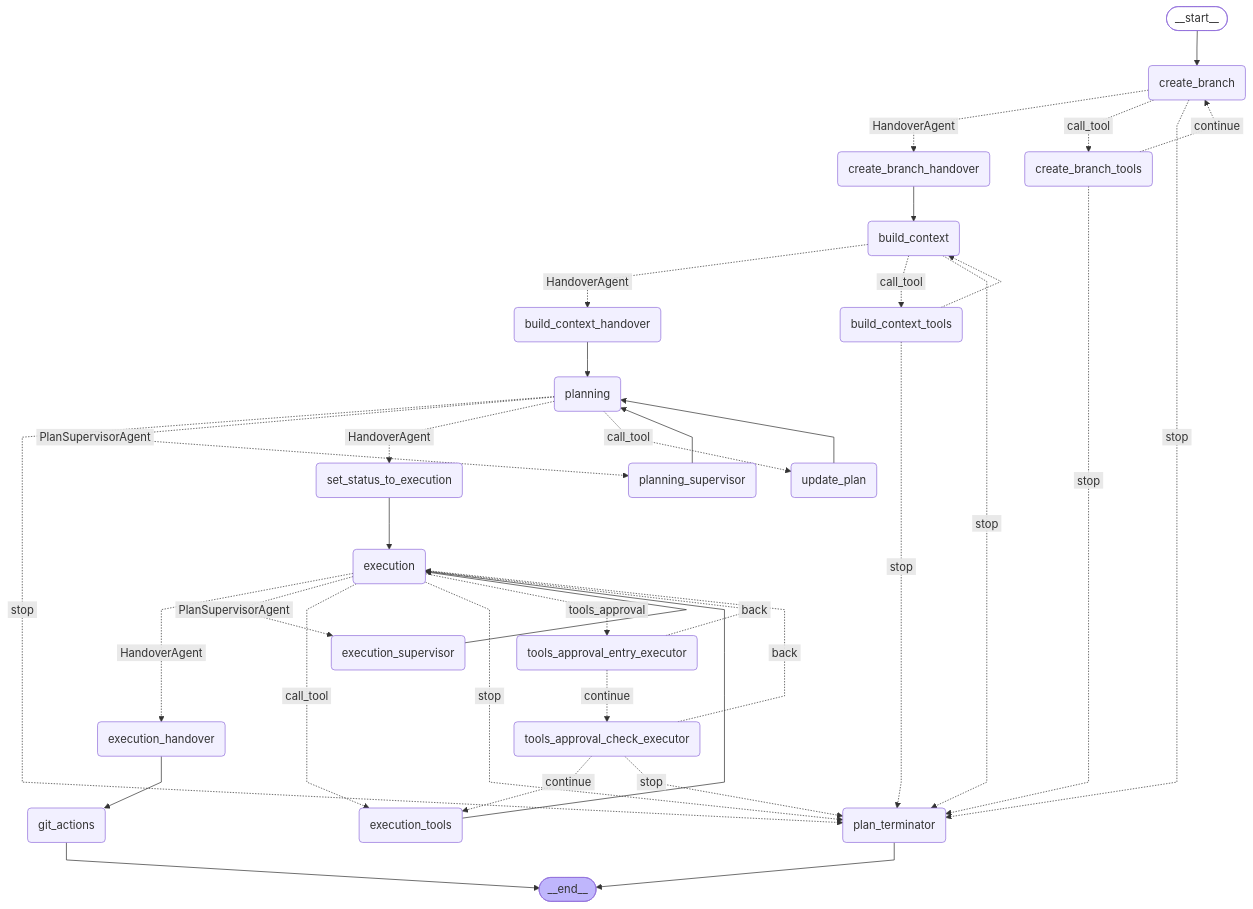
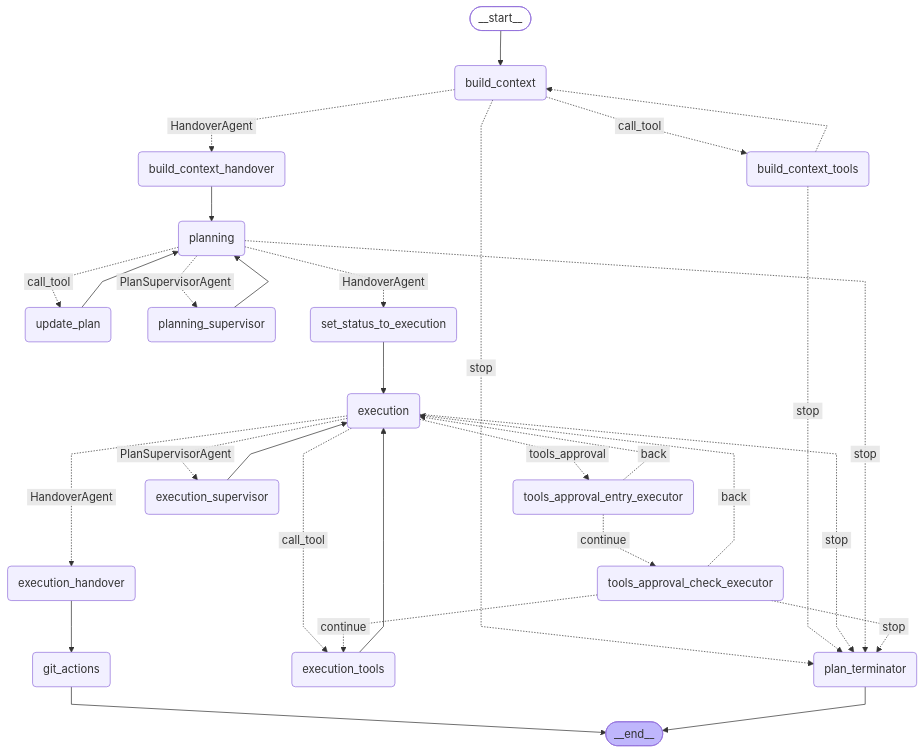
One commit to movax01h/ai-gateway changed the fourth of 13 diagrams in docs/duo_workflow_service_graphs.md. Above: the diagram before and after it, drawn with Mermaid. The commit also changed 2 other files, not shown here.

Commit message:
chore: Remove branch creation component for issue to MR

````diff
--- a/docs/duo_workflow_service_graphs.md
+++ b/docs/duo_workflow_service_graphs.md
@@ -132,66 +132,57 @@
 ```mermaid
 ---
 config:
   flowchart:
     curve: linear
 ---
 graph TD;
     __start__([<p>__start__</p>]):::first
-    create_branch(create_branch)
-    create_branch_tools(create_branch_tools)
-    create_branch_handover(create_branch_handover)
     build_context(build_context)
     build_context_tools(build_context_tools)
     build_context_handover(build_context_handover)
     planning(planning)
     update_plan(update_plan)
     planning_supervisor(planning_supervisor)
     plan_terminator(plan_terminator)
     set_status_to_execution(set_status_to_execution)
     execution(execution)
     tools_approval_entry_executor(tools_approval_entry_executor)
     tools_approval_check_executor(tools_approval_check_executor)
     execution_tools(execution_tools)
     execution_supervisor(execution_supervisor)
     execution_handover(execution_handover)
     git_actions(git_actions)
     __end__([<p>__end__</p>]):::last
-    __start__ --> create_branch;
+    __start__ --> build_context;
     build_context -. &nbsp;HandoverAgent&nbsp; .-> build_context_handover;
     build_context -. &nbsp;call_tool&nbsp; .-> build_context_tools;
     build_context -. &nbsp;stop&nbsp; .-> plan_terminator;
     build_context_handover --> planning;
     build_context_tools -.-> build_context;
     build_context_tools -. &nbsp;stop&nbsp; .-> plan_terminator;
-    create_branch -. &nbsp;HandoverAgent&nbsp; .-> create_branch_handover;
-    create_branch -. &nbsp;call_tool&nbsp; .-> create_branch_tools;
-    create_branch -. &nbsp;stop&nbsp; .-> plan_terminator;
-    create_branch_handover --> build_context;
-    create_branch_tools -. &nbsp;continue&nbsp; .-> create_branch;
-    create_branch_tools -. &nbsp;stop&nbsp; .-> plan_terminator;
     execution -. &nbsp;HandoverAgent&nbsp; .-> execution_handover;
     execution -. &nbsp;PlanSupervisorAgent&nbsp; .-> execution_supervisor;
     execution -. &nbsp;call_tool&nbsp; .-> execution_tools;
     execution -. &nbsp;stop&nbsp; .-> plan_terminator;
     execution -. &nbsp;tools_approval&nbsp; .-> tools_approval_entry_executor;
     execution_handover --> git_actions;
     execution_supervisor --> execution;
     execution_tools --> execution;
     planning -. &nbsp;stop&nbsp; .-> plan_terminator;
     planning -. &nbsp;PlanSupervisorAgent&nbsp; .-> planning_supervisor;
     planning -. &nbsp;HandoverAgent&nbsp; .-> set_status_to_execution;
     planning -. &nbsp;call_tool&nbsp; .-> update_plan;
     planning_supervisor --> planning;
     set_status_to_execution --> execution;
     tools_approval_check_executor -. &nbsp;back&nbsp; .-> execution;
     tools_approval_check_executor -. &nbsp;continue&nbsp; .-> execution_tools;
     tools_approval_check_executor -. &nbsp;stop&nbsp; .-> plan_terminator;
     tools_approval_entry_executor -. &nbsp;back&nbsp; .-> execution;
     tools_approval_entry_executor -. &nbsp;continue&nbsp; .-> tools_approval_check_executor;
     update_plan --> planning;
     git_actions --> __end__;
     plan_terminator --> __end__;
     classDef default fill:#f2f0ff,line-height:1.2
     classDef first fill-opacity:0
     classDef last fill:#bfb6fc
 ```
````
